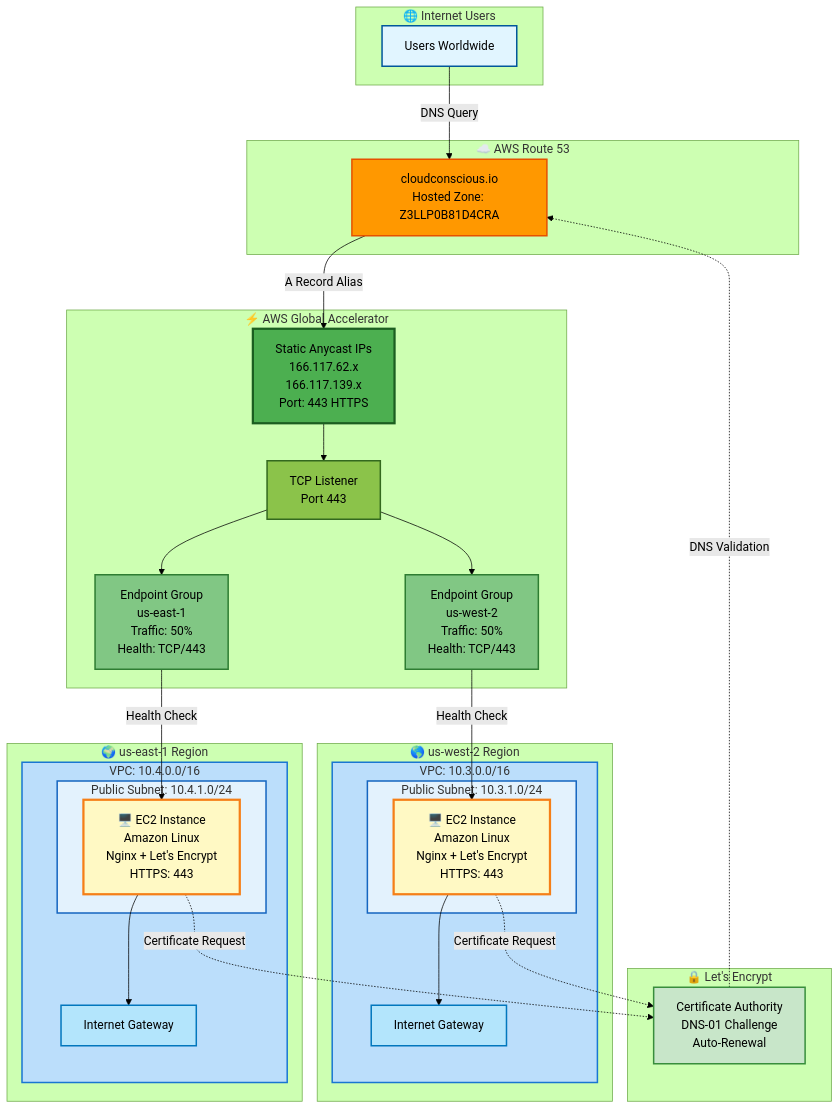
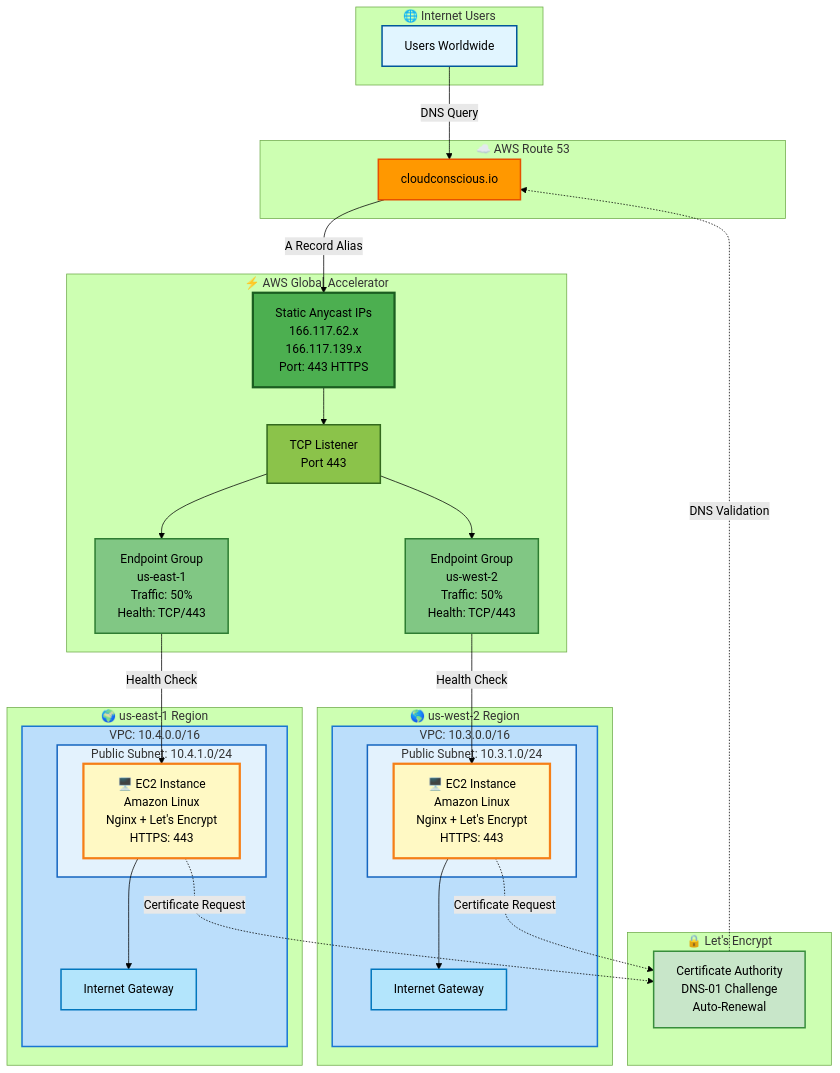
One commit to vegatros/repo1 changed the diagram in terraform/stacks/app3/README.md. Above: the diagram before and after it, drawn with Mermaid (forest theme).

Commit message:
Remove hosted zone ID from Route 53 in diagram

````diff
--- a/terraform/stacks/app3/README.md
+++ b/terraform/stacks/app3/README.md
@@ -9,68 +9,68 @@
 ```mermaid
 graph TB
     subgraph Internet["🌐 Internet Users"]
         Users[Users Worldwide]
     end
     
     subgraph DNS["☁️ AWS Route 53"]
-        R53[cloudconscious.io<br/>Hosted Zone: Z3LLP0B81D4CRA]
+        R53[cloudconscious.io]
     end
     
     subgraph GA["⚡ AWS Global Accelerator"]
         Accelerator[Static Anycast IPs<br/>166.117.62.x<br/>166.117.139.x<br/>Port: 443 HTTPS]
         Listener[TCP Listener<br/>Port 443]
         EG_West[Endpoint Group<br/>us-west-2<br/>Traffic: 50%<br/>Health: TCP/443]
         EG_East[Endpoint Group<br/>us-east-1<br/>Traffic: 50%<br/>Health: TCP/443]
     end
     
     subgraph West["🌎 us-west-2 Region"]
         subgraph VPC_West["VPC: 10.3.0.0/16"]
             subgraph Subnet_West["Public Subnet: 10.3.1.0/24"]
                 EC2_West["🖥️ EC2 Instance<br/>Amazon Linux<br/>Nginx + Let's Encrypt<br/>HTTPS: 443"]
             end
             IGW_West[Internet Gateway]
         end
     end
     
     subgraph East["🌍 us-east-1 Region"]
         subgraph VPC_East["VPC: 10.4.0.0/16"]
             subgraph Subnet_East["Public Subnet: 10.4.1.0/24"]
                 EC2_East["🖥️ EC2 Instance<br/>Amazon Linux<br/>Nginx + Let's Encrypt<br/>HTTPS: 443"]
             end
             IGW_East[Internet Gateway]
         end
     end
     
     subgraph LE["🔒 Let's Encrypt"]
         LetsEncrypt[Certificate Authority<br/>DNS-01 Challenge<br/>Auto-Renewal]
     end
     
     Users -->|DNS Query| R53
     R53 -->|A Record Alias| Accelerator
     Accelerator --> Listener
     Listener --> EG_West
     Listener --> EG_East
     EG_West -->|Health Check| EC2_West
     EG_East -->|Health Check| EC2_East
     EC2_West -.->|Certificate Request| LetsEncrypt
     EC2_East -.->|Certificate Request| LetsEncrypt
     LetsEncrypt -.->|DNS Validation| R53
     EC2_West --> IGW_West
     EC2_East --> IGW_East
     
     style Users fill:#e1f5ff,stroke:#01579b,stroke-width:2px
     style R53 fill:#ff9800,stroke:#e65100,stroke-width:2px
     style Accelerator fill:#4caf50,stroke:#1b5e20,stroke-width:3px
     style Listener fill:#8bc34a,stroke:#33691e,stroke-width:2px
     style EG_West fill:#81c784,stroke:#2e7d32,stroke-width:2px
     style EG_East fill:#81c784,stroke:#2e7d32,stroke-width:2px
     style VPC_West fill:#bbdefb,stroke:#1976d2,stroke-width:2px
     style VPC_East fill:#bbdefb,stroke:#1976d2,stroke-width:2px
     style Subnet_West fill:#e3f2fd,stroke:#1565c0,stroke-width:2px
     style Subnet_East fill:#e3f2fd,stroke:#1565c0,stroke-width:2px
     style EC2_West fill:#fff9c4,stroke:#f57f17,stroke-width:3px
     style EC2_East fill:#fff9c4,stroke:#f57f17,stroke-width:3px
     style LetsEncrypt fill:#c8e6c9,stroke:#388e3c,stroke-width:2px
     style IGW_West fill:#b3e5fc,stroke:#0277bd,stroke-width:2px
     style IGW_East fill:#b3e5fc,stroke:#0277bd,stroke-width:2px
 ```
````
